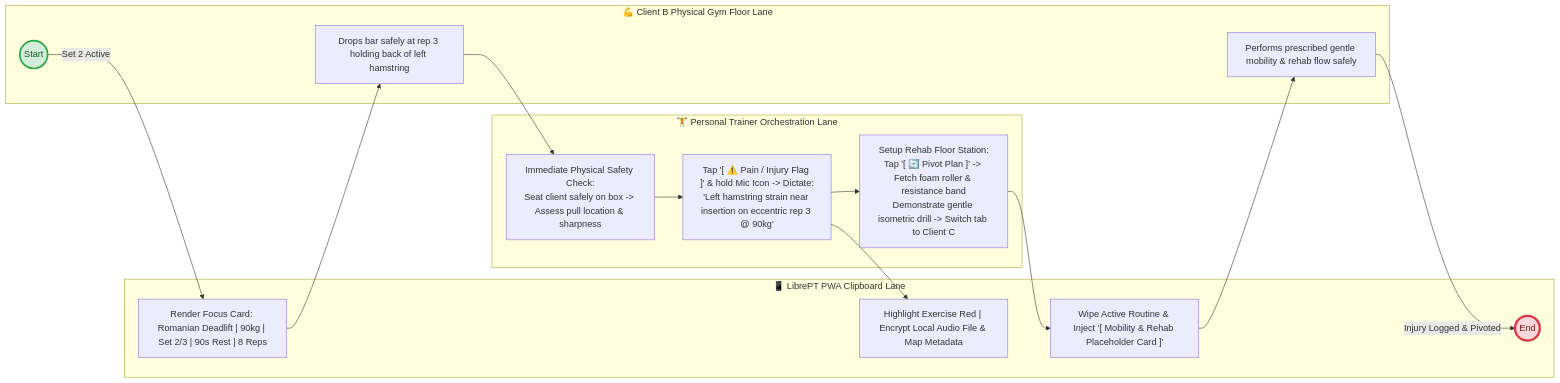
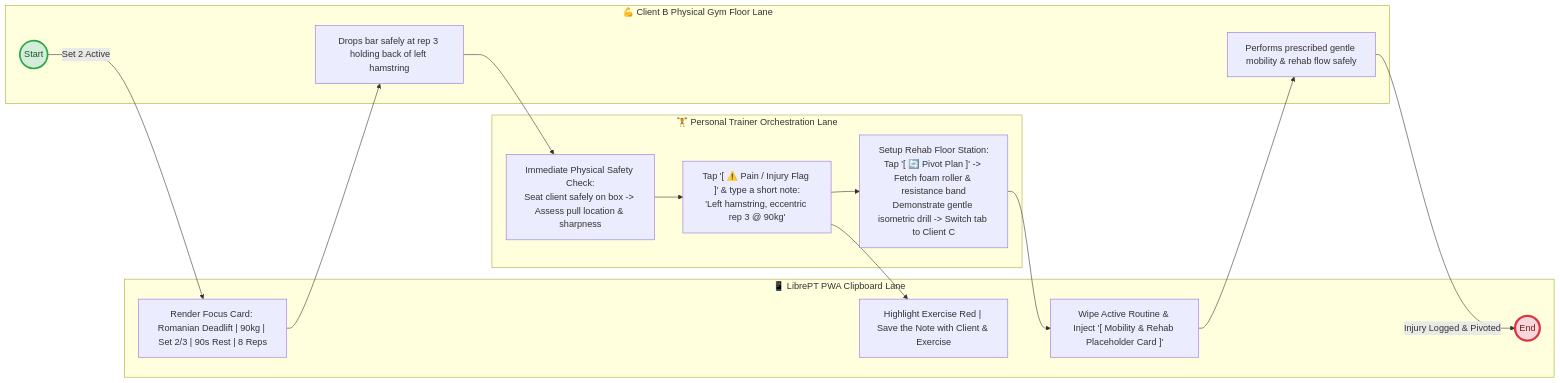
Before and after one commit to stutek/LibrePT: the fourth of 4 diagrams in use_cases/uc1_gym_floor_clipboard.md, drawn with Mermaid. The commit also changed other lines of this file and 22 other files, not shown here.

````diff
--- a/use_cases/uc1_gym_floor_clipboard.md
+++ b/use_cases/uc1_gym_floor_clipboard.md
@@ -144,34 +144,34 @@
 ```mermaid
 graph LR
     subgraph PWALane ["📱 LibrePT PWA Clipboard Lane"]
         PWA41["Render Focus Card: Romanian Deadlift | 90kg | Set 2/3 | 90s Rest | 8 Reps"]
-        PWA42["Highlight Exercise Red | Encrypt Local Audio File & Map Metadata"]
+        PWA42["Highlight Exercise Red | Save the Note with Client & Exercise"]
         PWA43["Wipe Active Routine & Inject '[ Mobility & Rehab Placeholder Card ]'"]
         End4(("End"))
     end
 
     subgraph TrainerLane ["🏋️ Personal Trainer Orchestration Lane"]
         T41["Immediate Physical Safety Check:<br/>Seat client safely on box -> Assess pull location & sharpness"]
-        T42["Tap '[ ⚠️ Pain / Injury Flag ]' & hold Mic Icon -> Dictate:<br/>'Left hamstring strain near insertion on eccentric rep 3 @ 90kg'"]
+        T42["Tap '[ ⚠️ Pain / Injury Flag ]' & type a short note:<br/>'Left hamstring, eccentric rep 3 @ 90kg'"]
         T43["Setup Rehab Floor Station:<br/>Tap '[ 🔄 Pivot Plan ]' -> Fetch foam roller & resistance band<br/>Demonstrate gentle isometric drill -> Switch tab to Client C"]
     end
 
     subgraph ClientLane ["💪 Client B Physical Gym Floor Lane"]
         Start4(("Start"))
         CB41["Drops bar safely at rep 3 holding back of left hamstring"]
         CB42["Performs prescribed gentle mobility & rehab flow safely"]
     end
 
     Start4 -- "Set 2 Active" --> PWA41
     PWA41 --> CB41
     CB41 --> T41
     T41 --> T42
     T42 --> PWA42
     T42 --> T43
     T43 --> PWA43
     PWA43 --> CB42
     CB42 -- "Injury Logged & Pivoted" --> End4
 
     style Start4 fill:#d4edda,stroke:#28a745,stroke-width:3px,color:#155724
     style End4 fill:#f8d7da,stroke:#dc3545,stroke-width:4px,color:#721c24
 ```
````
